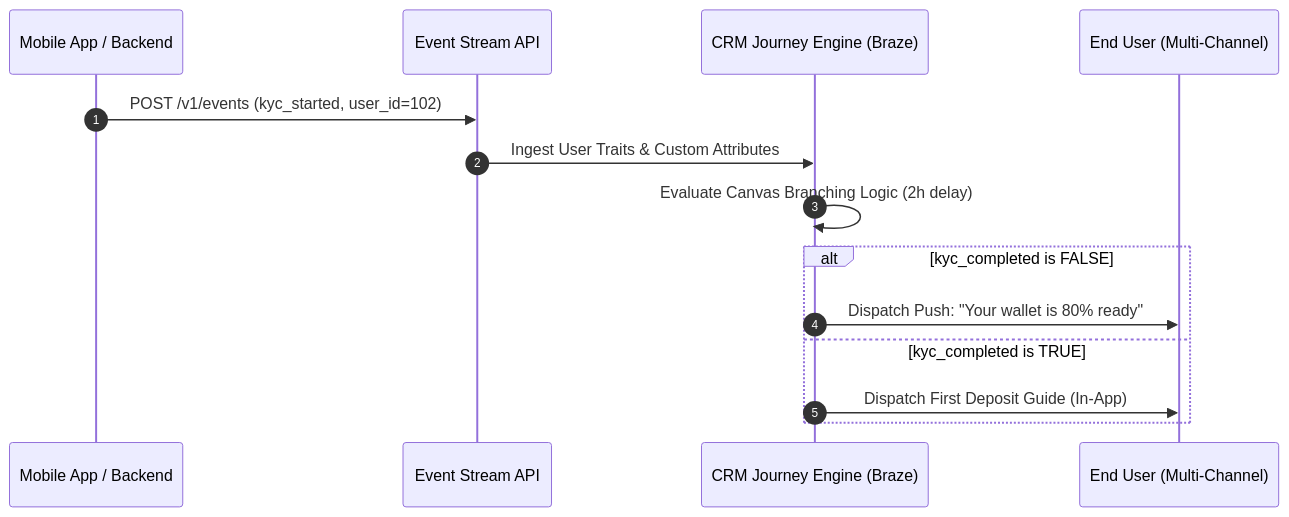
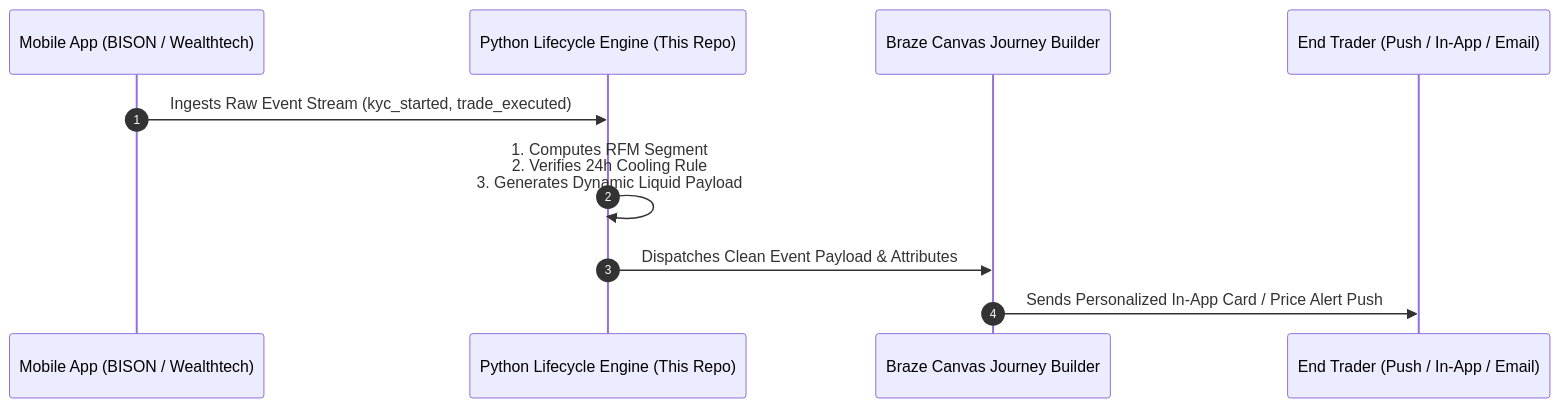
The diagram in README.md (Faizan021/growth-intelligence-engine), drawn with Mermaid before and after one commit. The commit also changed other lines of this file, not shown here.

````diff
--- a/README.md
+++ b/README.md
@@ -84,17 +26,13 @@
 ```mermaid
 sequenceDiagram
     autonumber
-    participant App as Mobile App / Backend
-    participant EventBus as Event Stream API
-    participant CRM as CRM Journey Engine (Braze)
-    participant User as End User (Multi-Channel)
+    participant App as Mobile App (BISON / Wealthtech)
+    participant Engine as Python Lifecycle Engine (This Repo)
+    participant Braze as Braze Canvas Journey Builder
+    participant User as End Trader (Push / In-App / Email)
 
-    App->>EventBus: POST /v1/events (kyc_started, user_id=102)
-    EventBus->>CRM: Ingest User Traits & Custom Attributes
-    CRM->>CRM: Evaluate Canvas Branching Logic (2h delay)
-    alt kyc_completed is FALSE
-        CRM->>User: Dispatch Push: "Your wallet is 80% ready"
-    else kyc_completed is TRUE
-        CRM->>User: Dispatch First Deposit Guide (In-App)
-    end
+    App->>Engine: Ingests Raw Event Stream (kyc_started, trade_executed)
+    Engine->>Engine: 1. Computes RFM Segment<br>2. Verifies 24h Cooling Rule<br>3. Generates Dynamic Liquid Payload
+    Engine->>Braze: Dispatches Clean Event Payload & Attributes
+    Braze->>User: Sends Personalized In-App Card / Price Alert Push
 ```
````
